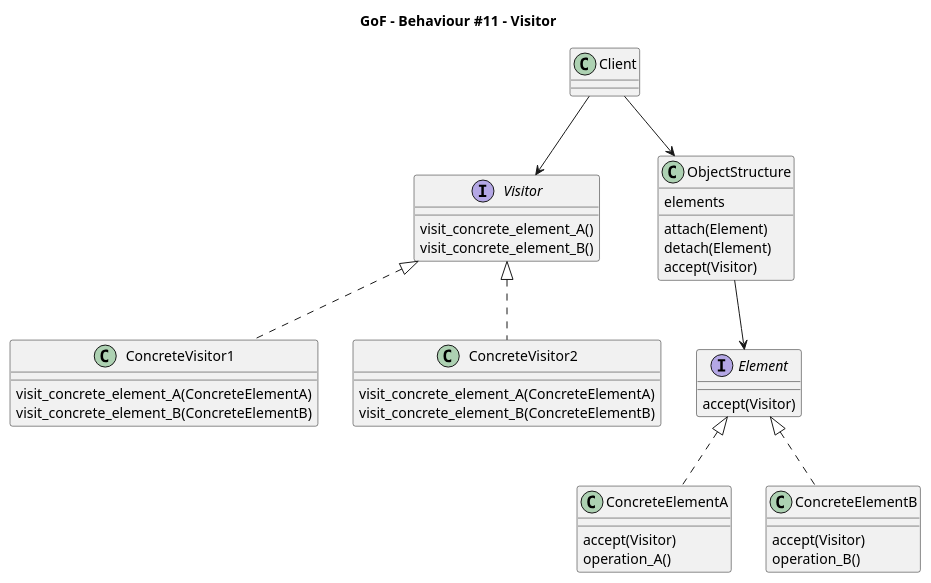
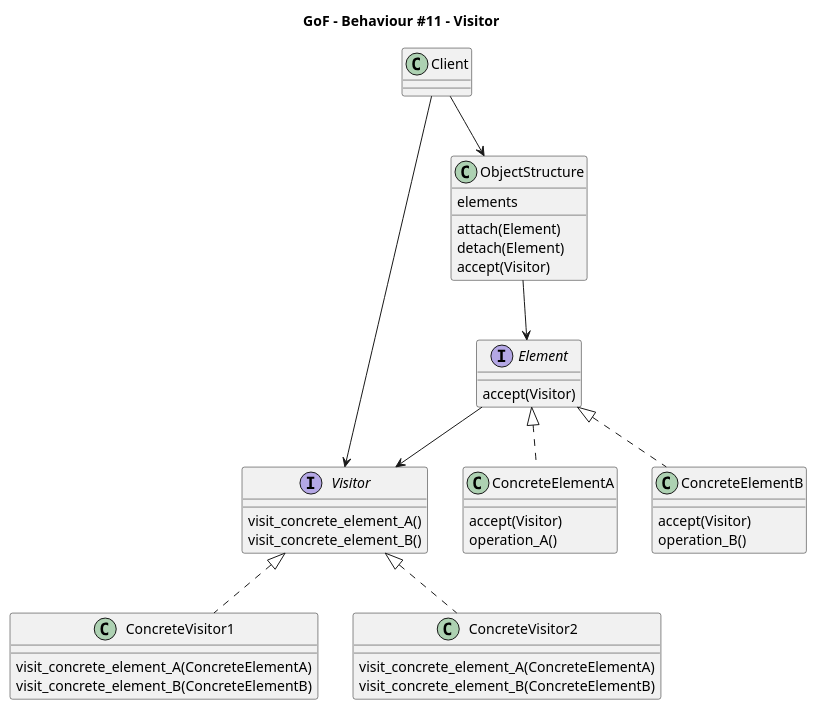
Before and after one commit to Takayoshi-Matsuyama/design_patterns: the diagram in GoF/GoF_be11_visitor.puml, drawn with PlantUML. The commit also changed 6 other files, not shown here.

```diff
--- a/GoF/GoF_be11_visitor.puml
+++ b/GoF/GoF_be11_visitor.puml
@@ -1,68 +1,70 @@
 @startuml gof_visitor
 
 'Copyright 2026 Takayoshi Matsuyama
 '
 'Licensed under the Apache License, Version 2.0 (the "License");
 'you may not use this file except in compliance with the License.
 'You may obtain a copy of the License at
 '
 '    http://www.apache.org/licenses/LICENSE-2.0
 '
 'Unless required by applicable law or agreed to in writing, software
 'distributed under the License is distributed on an "AS IS" BASIS,
 'WITHOUT WARRANTIES OR CONDITIONS OF ANY KIND, either express or implied.
 'See the License for the specific language governing permissions and
 'limitations under the License.
 
 title GoF - Behaviour #11 - Visitor
 
 interface Visitor {
     visit_concrete_element_A()
     visit_concrete_element_B()
 }
 
 class ConcreteVisitor1 {
     visit_concrete_element_A(ConcreteElementA)
     visit_concrete_element_B(ConcreteElementB)
 }
 
 class ConcreteVisitor2 {
     visit_concrete_element_A(ConcreteElementA)
     visit_concrete_element_B(ConcreteElementB)
 }
 
 Visitor <|.. ConcreteVisitor1
 Visitor <|.. ConcreteVisitor2
 
 interface Element {
     accept(Visitor)
 }
 
+Element --> Visitor
+
 class ConcreteElementA {
     accept(Visitor)
     operation_A()
 }
 
 class ConcreteElementB {
     accept(Visitor)
     operation_B()
 }
 
 Element <|.. ConcreteElementA
 Element <|.. ConcreteElementB
 
 class ObjectStructure {
     elements
     attach(Element)
     detach(Element)
     accept(Visitor)
 }
 
 ObjectStructure --> Element
 
 class Client
 
 Client --> Visitor
 Client --> ObjectStructure
 
 @enduml
```
